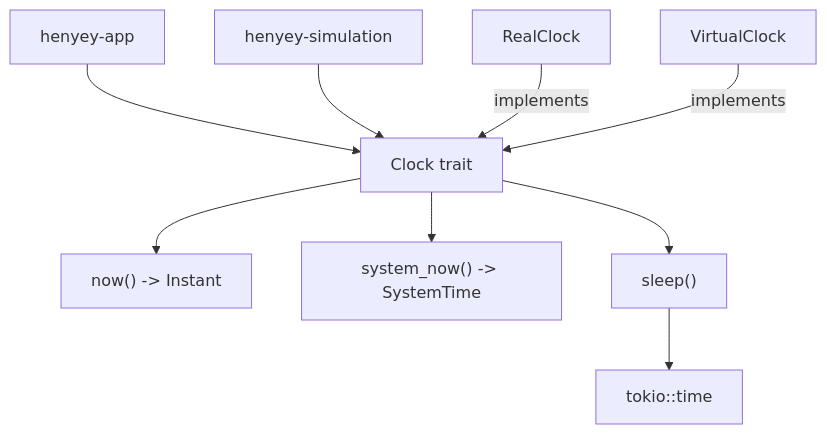
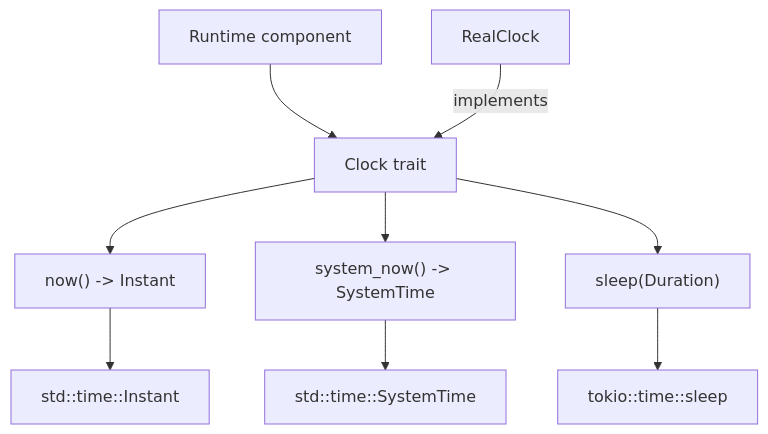
One commit to tomerweller/henyey changed the diagram in crates/clock/README.md. Above: the diagram before and after it, drawn with Mermaid. The commit also changed other lines of this file and 30 other files, not shown here.

````diff
--- a/crates/clock/README.md
+++ b/crates/clock/README.md
@@ -16,11 +16,11 @@
 ```mermaid
 graph TD
-    A["henyey-app"] --> T["Clock trait"]
-    S["henyey-simulation"] --> T
+    Caller["Runtime component"] --> T["Clock trait"]
     R["RealClock"] -->|implements| T
-    V["VirtualClock"] -->|implements| T
     T --> N["now() -> Instant"]
     T --> W["system_now() -> SystemTime"]
-    T --> K["sleep()"]
-    K --> O["tokio::time"]
+    T --> S["sleep(Duration)"]
+    N --> Std["std::time::Instant"]
+    W --> Sys["std::time::SystemTime"]
+    S --> Tokio["tokio::time::sleep"]
 ```
````
